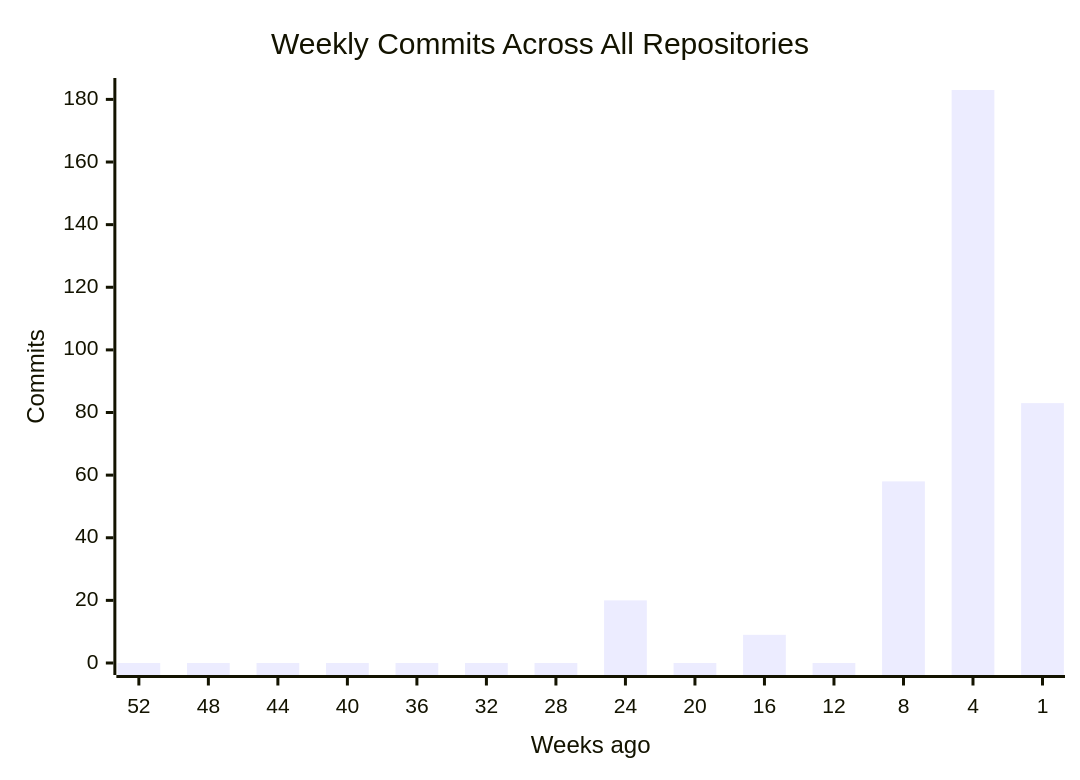
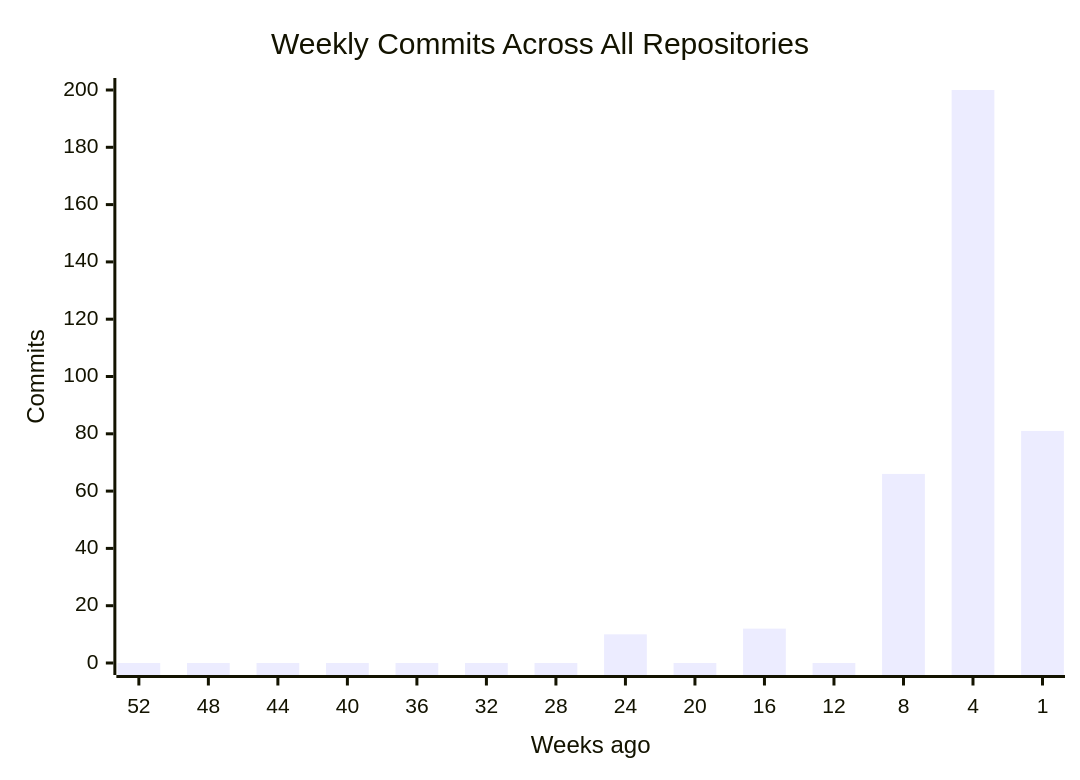
Before and after one commit to CSTH-Projects/.github: the first of 4 diagrams in profile/README.md, drawn with Mermaid. The commit also changed other lines of this file, not shown here.

````diff
--- a/profile/README.md
+++ b/profile/README.md
@@ -16,7 +16,7 @@
 ```mermaid
 xychart-beta
     title "Weekly Commits Across All Repositories"
     x-axis "Weeks ago" [52, 48, 44, 40, 36, 32, 28, 24, 20, 16, 12, 8, 4, 1]
     y-axis "Commits"
-    bar [0, 0, 0, 0, 0, 0, 0, 20, 0, 9, 0, 58, 183, 83]
+    bar [0, 0, 0, 0, 0, 0, 0, 10, 0, 12, 0, 66, 200, 81]
 ```
````
